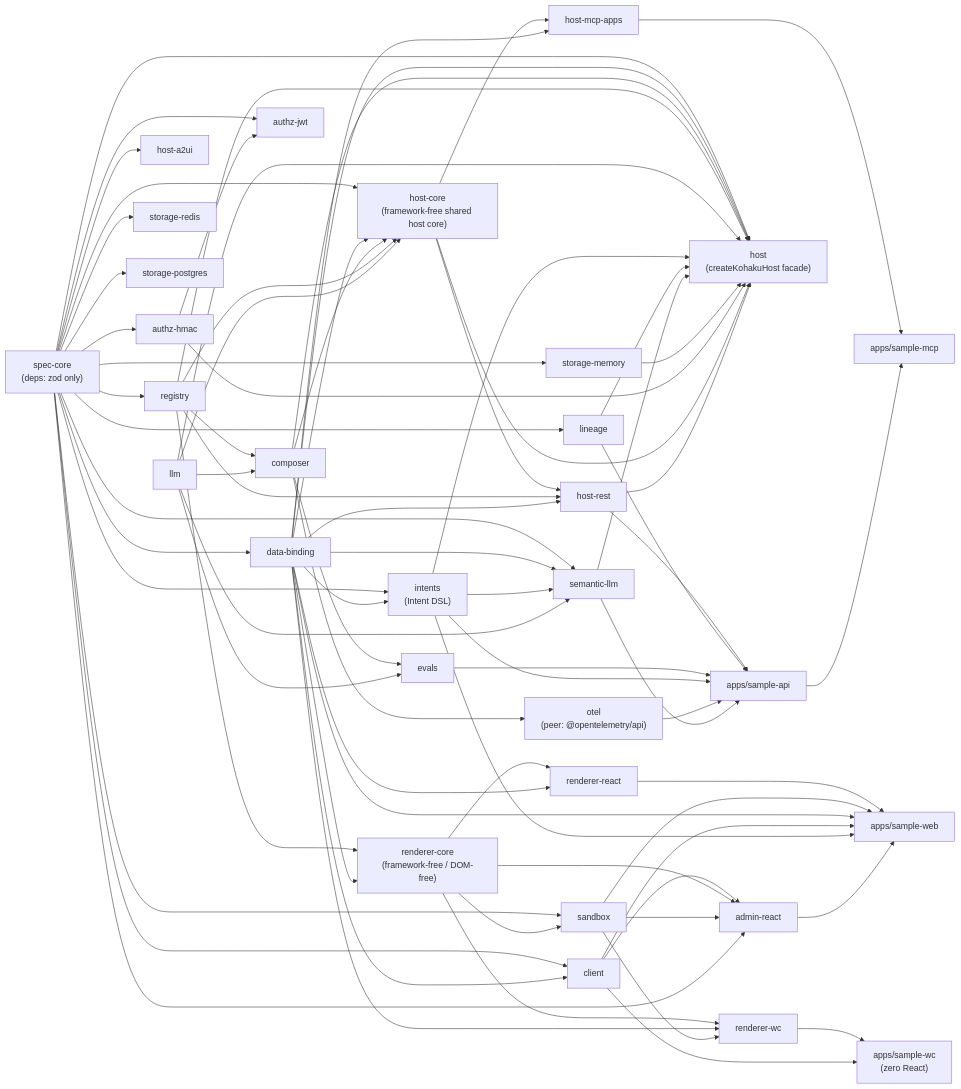
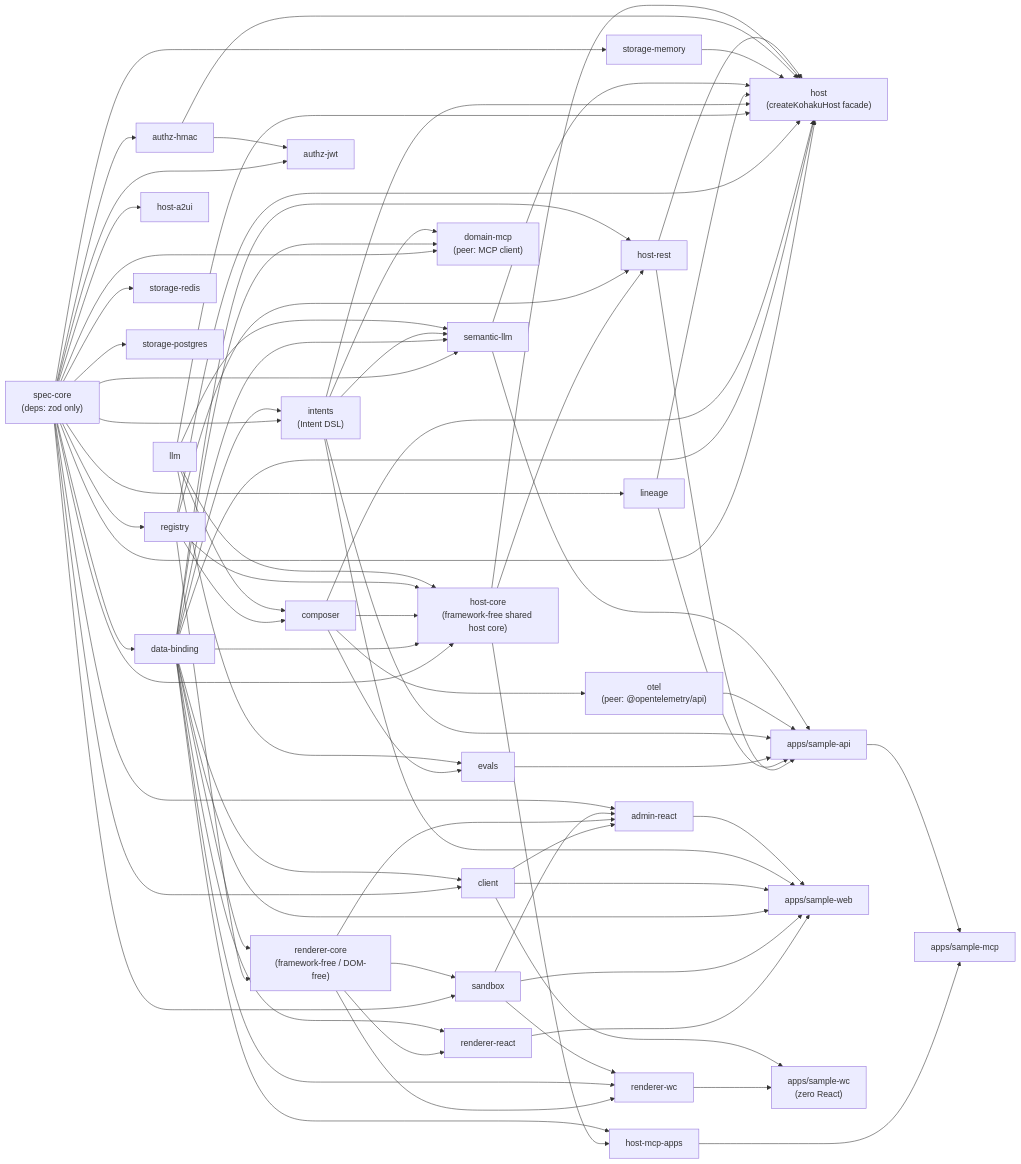
Before and after one commit to yosuque/kohaku: the second of 4 diagrams in docs/design.md, drawn with Mermaid. The commit also changed other lines of this file and 15 other files, not shown here.

First line of the commit message:
docs(domain-mcp): document @kohaku-ui/domain-mcp and kohaku.domain_mcp

````diff
--- a/docs/design.md
+++ b/docs/design.md
@@ -54,33 +54,34 @@
 ```mermaid
 flowchart LR
     SC["spec-core<br/>(deps: zod only)"]
     SC --> RG["registry"]
     SC --> DB["data-binding"]
     SC & DB --> INT["intents<br/>(Intent DSL)"]
     LL["llm"]
     RG & LL --> CP["composer"]
     RG & DB --> RC["renderer-core<br/>(framework-free / DOM-free)"]
     RC & DB --> RR["renderer-react"]
     RC & DB & SB --> RW["renderer-wc"]
     SC & RC --> SB["sandbox"]
     SC --> LN["lineage"]
     SC & DB --> CL["client"]
     CP & LL --> EV["evals"]
     SC & DB & CP & RG & LL --> HC["host-core<br/>(framework-free shared host core)"]
     HC & RG & DB --> HR["host-rest"]
     HC & DB --> HM["host-mcp-apps"]
     CP --> OT["otel<br/>(peer: @opentelemetry/api)"]
     SC --> HA["host-a2ui"]
     SC --> AH["authz-hmac"]
     SC & AH --> AJ["authz-jwt"]
     SC --> SR["storage-redis"]
     SC --> SP["storage-postgres"]
     SC & DB & INT & LL --> SL["semantic-llm"]
+    SC & DB & INT --> DM["domain-mcp<br/>(peer: MCP client)"]
     SC --> SM["storage-memory"]
     SC & DB & CP & RG & LL & INT & LN & SL & SM & AH & HC & HR --> HOST["host<br/>(createKohakuHost facade)"]
     CL & RC & SB & SC --> AR["admin-react"]
     HR & LN & EV & INT & OT & SL --> API["apps/sample-api"]
     RR & SB & DB & CL & INT & AR --> WEBAPP["apps/sample-web"]
     RW & CL --> WCAPP["apps/sample-wc<br/>(zero React)"]
     HM & API --> MCP["apps/sample-mcp"]
 ```
````
